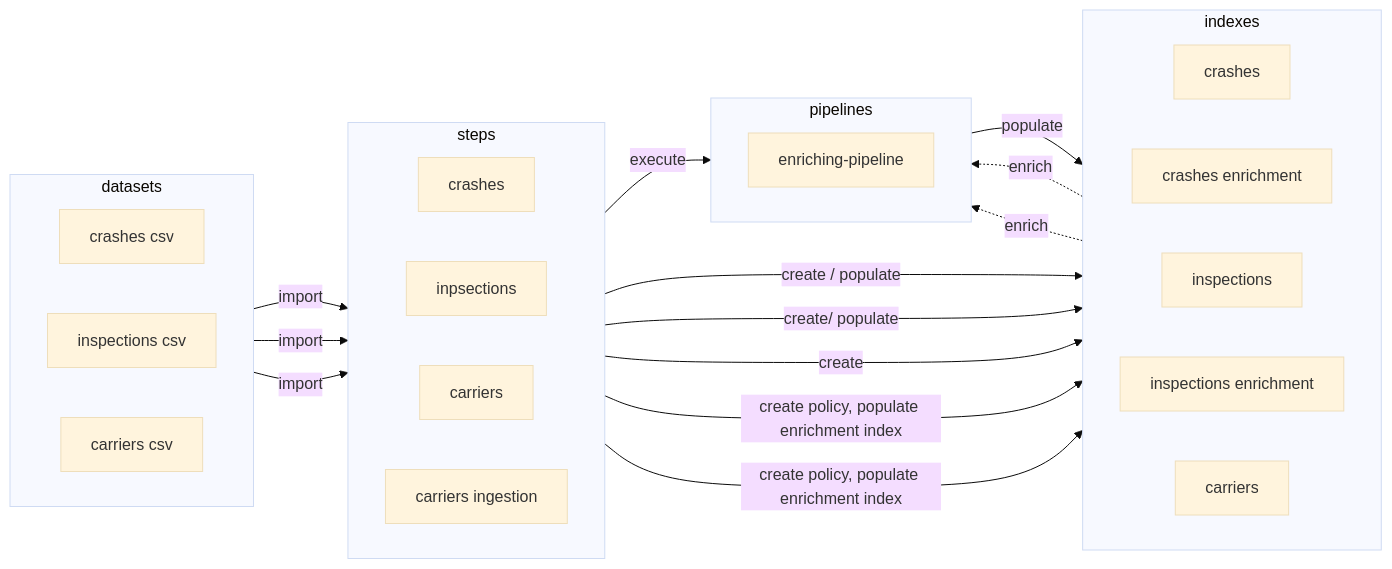
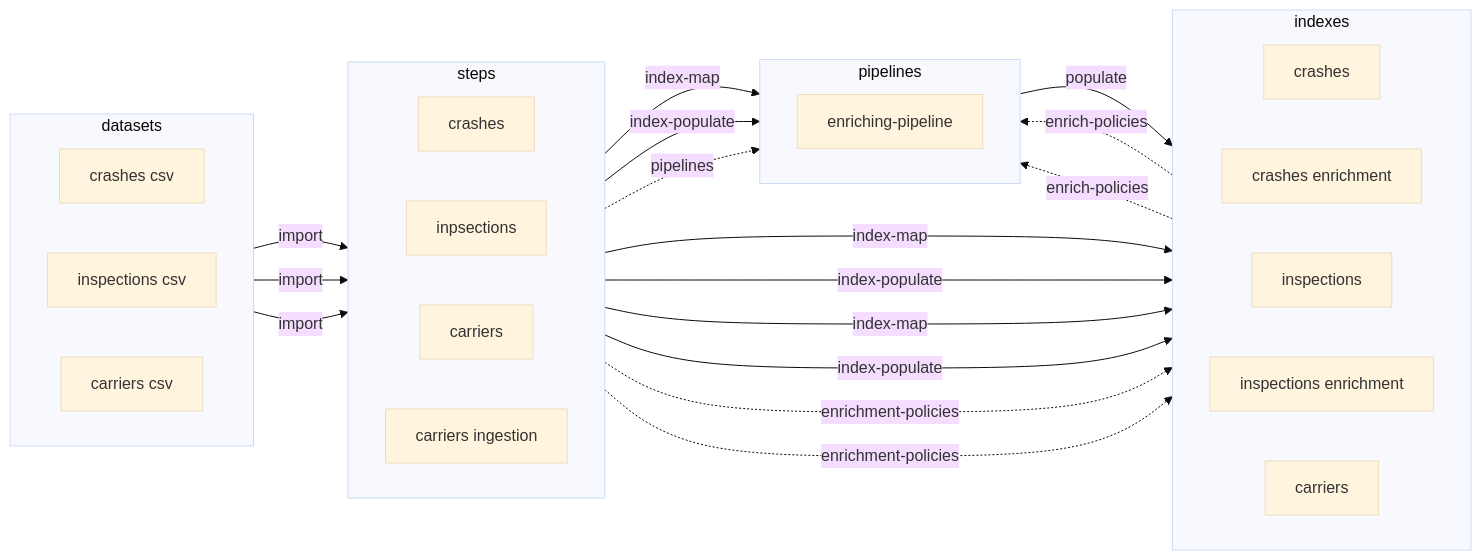
One commit to freemansoft/entitopia changed the third of 3 diagrams in DOT-Commercial/README.md. Above: the diagram before and after it, drawn with Mermaid (base theme).

````diff
--- a/DOT-Commercial/README.md
+++ b/DOT-Commercial/README.md
@@ -36,49 +36,53 @@
 ```mermaid
 flowchart LR
     subgraph steps
         direction LR
         crashes-step[crashes]
         inspections-step[inpsections]
         carriers-step[carriers]
         carriers-ingestion-step[carriers ingestion]
     end
 
     subgraph indexes
         direction LR
         crashes-index[crashes]
         crashes-enrichment-index[crashes enrichment]
         inspections-index[inspections]
         inspections-enrichment-index[inspections enrichment]
         carriers-index[carriers]
     end
 
     subgraph datasets
         direction LR
         crashes-csv[crashes csv]
         inspections-csv[inspections csv]
         carriers-csv[carriers csv]
     end
 
     subgraph pipelines
         direction LR
         enriching-pipeline
     end
 
-    crashes-step -->|create / populate| crashes-index
-    inspections-step -->|create/ populate | inspections-index
-    carriers-step --> | create | carriers-index
-
-
-    crashes-enrichment-index -.->|enrich| enriching-pipeline
-    inspections-enrichment-index -.->|enrich| enriching-pipeline
-    carriers-ingestion-step --> | execute| enriching-pipeline -->|populate| carriers-index
+    crashes-step -->|index-map| crashes-index
+    crashes-step -->|index-populate| crashes-index
+    inspections-step -->|index-map| inspections-index
+    inspections-step -->|index-populate | inspections-index
+    carriers-step --> | index-map | enriching-pipeline
+    carriers-step --> | index-populate| enriching-pipeline
 
     crashes-csv-->|import| crashes-step
     inspections-csv -->|import| inspections-step
-    carriers-csv -->|import| carriers-ingestion-step
+    carriers-csv -->|import| carriers-step
 
-    carriers-ingestion-step -->|create policy, populate enrichment index| crashes-enrichment-index
-    carriers-ingestion-step -->|create policy, populate enrichment index| inspections-enrichment-index
+    crashes-enrichment-index -.->|enrich-policies| enriching-pipeline
+    inspections-enrichment-index -.->|enrich-policies| enriching-pipeline
+    enriching-pipeline -->|populate| carriers-index
+
+
+    carriers-ingestion-step -.->|enrichment-policies| crashes-enrichment-index
+    carriers-ingestion-step -.->|enrichment-policies| inspections-enrichment-index
+    carriers-ingestion-step -.->|pipelines| enriching-pipeline
 
 
 ```
````
